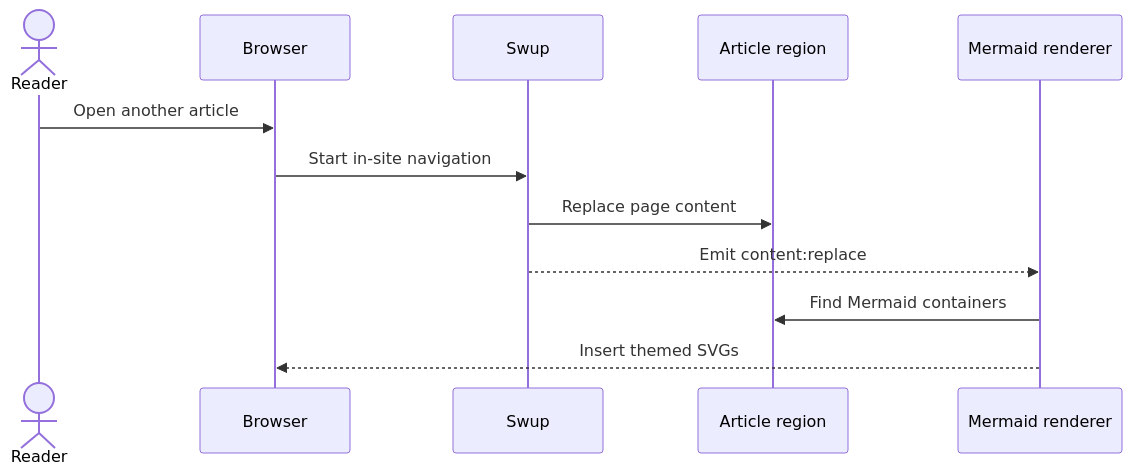
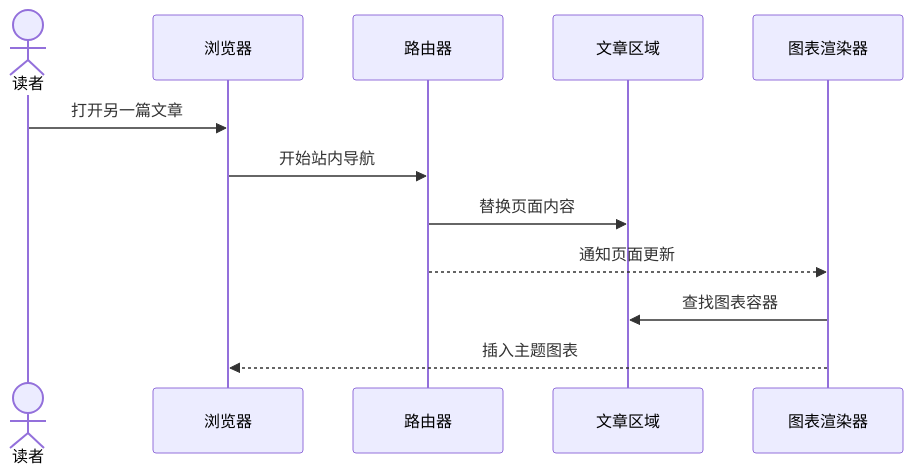
Before and after one commit to ynx-official/Shirone: the second of 14 diagrams in nuxt4/content/posts/markdown-mermaid.md, drawn with Mermaid. The commit also changed other lines of this file and 99 other files, not shown here.

````diff
--- a/nuxt4/content/posts/markdown-mermaid.md
+++ b/nuxt4/content/posts/markdown-mermaid.md
@@ -33,16 +32,16 @@
 ```mermaid
 sequenceDiagram
-    accTitle: Diagram rendering after in-site navigation
-    accDescr: A reader starts navigation, Swup replaces the article content, and the Mermaid renderer enhances diagrams on the new page.
-    actor Reader
-    participant Browser
-    participant Swup
-    participant Content as Article region
-    participant Renderer as Mermaid renderer
-    Reader->>Browser: Open another article
-    Browser->>Swup: Start in-site navigation
-    Swup->>Content: Replace page content
-    Swup-->>Renderer: Emit content:replace
-    Renderer->>Content: Find Mermaid containers
-    Renderer-->>Browser: Insert themed SVGs
+    accTitle: 时序图示例
+    accDescr: 使用时序图说明博客中的信息关系与工作过程。
+    actor Reader as 读者
+    participant Browser as 浏览器
+    participant Swup as 路由器
+    participant Content as 文章区域
+    participant Renderer as 图表渲染器
+    Reader->>Browser: 打开另一篇文章
+    Browser->>Swup: 开始站内导航
+    Swup->>Content: 替换页面内容
+    Swup-->>Renderer: 通知页面更新
+    Renderer->>Content: 查找图表容器
+    Renderer-->>Browser: 插入主题图表
 ```
````
